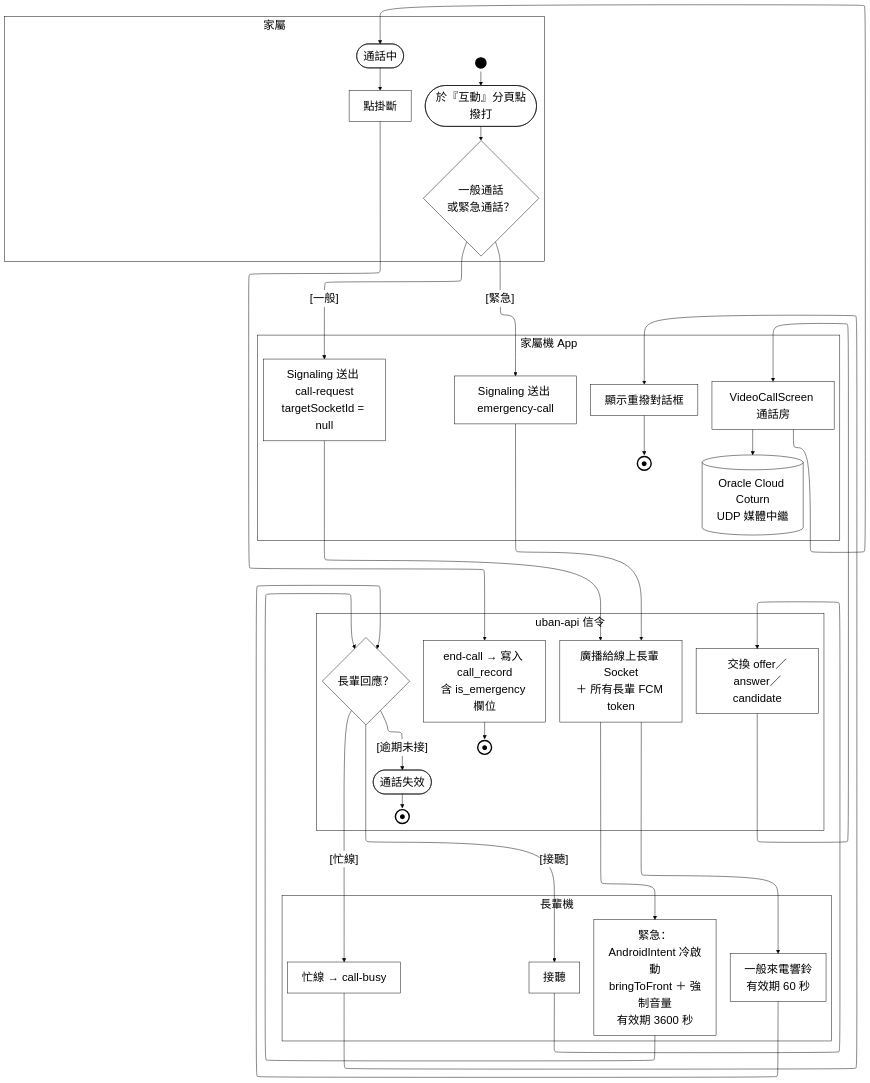
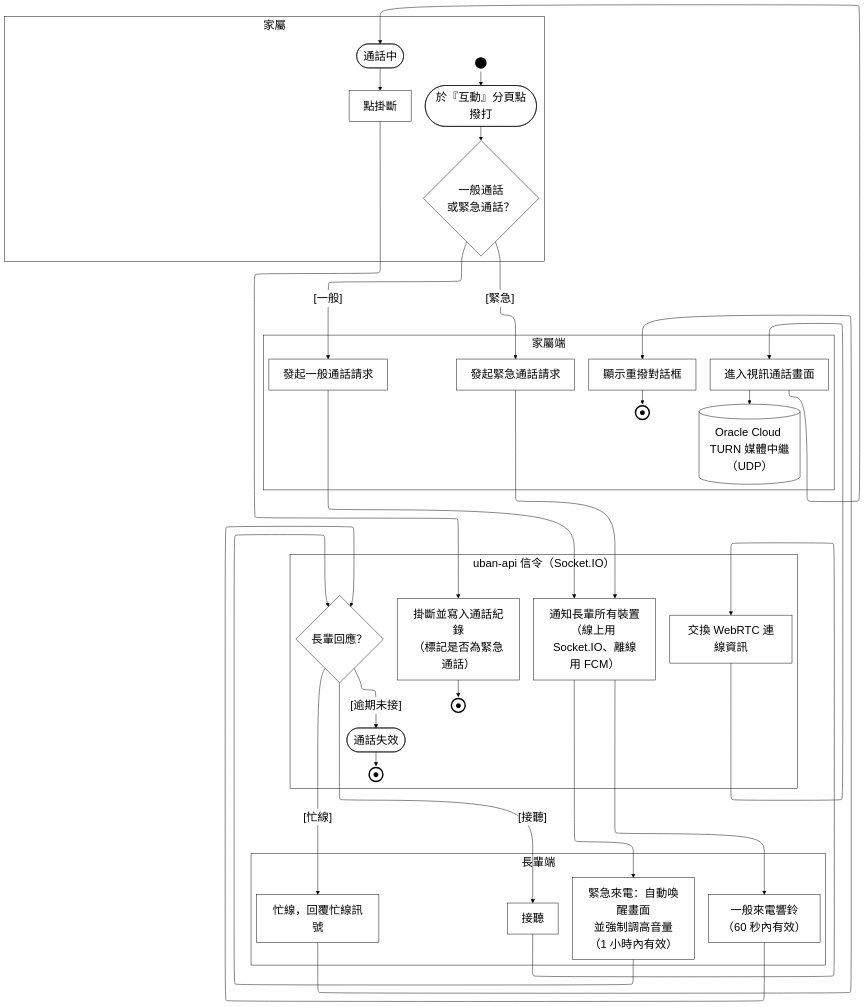
Before and after one commit to HuangYu-Kai/Uban: the diagram in Uban System Documents/mermaid原始碼/A16-家屬通訊.mmd, drawn with Mermaid. The commit also changed 32 other files, not shown here.

```diff
--- a/Uban System Documents/mermaid原始碼/A16-家屬通訊.mmd
+++ b/Uban System Documents/mermaid原始碼/A16-家屬通訊.mmd
@@ -1,68 +1,68 @@
 %%{init:{"layout":"elk","elk":{"mergeEdges":false,"nodePlacementStrategy":"NETWORK_SIMPLEX"},"flowchart":{"htmlLabels":true},"themeVariables":{"clusterBkg":"#FFFFFF","clusterBorder":"#000000","edgeLabelBackground":"#FFFFFF","textColor":"#000000","nodeTextColor":"#000000","titleColor":"#000000","lineColor":"#000000","fontSize":"24px"}}}%%
 flowchart TD
   subgraph ROLE["家屬"]
     PAD_ROLE["&nbsp;&nbsp;&nbsp;&nbsp;&nbsp;&nbsp;&nbsp;&nbsp;&nbsp;&nbsp;&nbsp;&nbsp;&nbsp;&nbsp;&nbsp;&nbsp;&nbsp;&nbsp;&nbsp;&nbsp;&nbsp;&nbsp;&nbsp;&nbsp;&nbsp;&nbsp;&nbsp;&nbsp;&nbsp;&nbsp;&nbsp;&nbsp;&nbsp;&nbsp;&nbsp;&nbsp;&nbsp;&nbsp;&nbsp;&nbsp;&nbsp;&nbsp;&nbsp;&nbsp;&nbsp;&nbsp;&nbsp;&nbsp;&nbsp;&nbsp;&nbsp;&nbsp;&nbsp;&nbsp;&nbsp;&nbsp;&nbsp;&nbsp;&nbsp;&nbsp;&nbsp;&nbsp;&nbsp;&nbsp;&nbsp;&nbsp;&nbsp;&nbsp;&nbsp;&nbsp;&nbsp;&nbsp;&nbsp;&nbsp;&nbsp;&nbsp;&nbsp;&nbsp;&nbsp;&nbsp;&nbsp;&nbsp;&nbsp;&nbsp;&nbsp;&nbsp;&nbsp;&nbsp;&nbsp;&nbsp;&nbsp;&nbsp;&nbsp;&nbsp;&nbsp;&nbsp;&nbsp;"]:::pad
     ST_S1(("&nbsp;")):::term
     S1([於『互動』分頁點撥打]):::act
     S2{"一般通話<br/>或緊急通話？"}:::dec
     S3(["通話中"]):::act
     S4["點掛斷"]:::act
   end
-  subgraph FE["家屬機 App"]
+  subgraph FE["家屬端"]
     PAD_FE["&nbsp;&nbsp;&nbsp;&nbsp;"]:::pad
-    A1["Signaling 送出 call-request<br/>targetSocketId = null"]:::act
-    A2["Signaling 送出 emergency-call"]:::act
+    A1["發起一般通話請求"]:::act
+    A2["發起緊急通話請求"]:::act
     A3["顯示重撥對話框"]:::act
     EN_A3(("●")):::endterm
-    A4["VideoCallScreen 通話房"]:::act
-    M1[("Oracle Cloud Coturn<br/>UDP 媒體中繼")]:::act
+    A4["進入視訊通話畫面"]:::act
+    M1[("Oracle Cloud TURN 媒體中繼<br/>（UDP）")]:::act
   end
-  subgraph FE2["長輩機"]
+  subgraph FE2["長輩端"]
     PAD_FE2["&nbsp;&nbsp;&nbsp;&nbsp;&nbsp;&nbsp;&nbsp;&nbsp;&nbsp;&nbsp;&nbsp;&nbsp;&nbsp;&nbsp;&nbsp;&nbsp;&nbsp;&nbsp;&nbsp;&nbsp;&nbsp;&nbsp;&nbsp;"]:::pad
-    E1["一般來電響鈴<br/>有效期 60 秒"]:::act
-    E2["緊急：AndroidIntent 冷啟動<br/>bringToFront ＋ 強制音量<br/>有效期 3600 秒"]:::act
+    E1["一般來電響鈴<br/>（60 秒內有效）"]:::act
+    E2["緊急來電：自動喚醒畫面<br/>並強制調高音量<br/>（1 小時內有效）"]:::act
     E3["接聽"]:::act
-    E4["忙線 → call-busy"]:::act
+    E4["忙線，回覆忙線訊號"]:::act
   end
-  subgraph BE["uban-api 信令"]
-    B1["廣播給線上長輩 Socket<br/>＋ 所有長輩 FCM token"]:::act
+  subgraph BE["uban-api 信令（Socket.IO）"]
+    B1["通知長輩所有裝置<br/>（線上用 Socket.IO、離線用 FCM）"]:::act
     B2{"長輩回應？"}:::dec
-    B3["交換 offer／answer／candidate"]:::act
-    B4["end-call → 寫入 call_record<br/>含 is_emergency 欄位"]:::act
+    B3["交換 WebRTC 連線資訊"]:::act
+    B4["掛斷並寫入通話紀錄<br/>（標記是否為緊急通話）"]:::act
     EN_B4(("●")):::endterm
     T1(["通話失效"]):::act
     EN_T1(("●")):::endterm
   end
 
   ST_S1 --> S1
   S1 --> S2
   S2 -->|"[一般]"| A1
   A1 --> B1
   B1 --> E1
   S2 -->|"[緊急]"| A2
   A2 --> B1
   B1 --> E2
   E1 --> B2
   E2 --> B2
   B2 -->|"[忙線]"| E4
   E4 --> A3
   B2 -->|"[逾期未接]"| T1
   B2 -->|"[接聽]"| E3
   E3 --> B3
   B3 --> A4
   A4 --> S3
   A4 --> M1
   S3 --> S4
   S4 --> B4
   A3 --> EN_A3
   B4 --> EN_B4
   T1 --> EN_T1
   %% 鎖住泳道順序：ELK 不照宣告順序排，沒有這條鏈後端會跑到最上面
   ROLE ~~~ FE ~~~ FE2 ~~~ BE
 
   classDef pad  fill:none,stroke:none,color:#FFFFFF
   classDef act  fill:#FFFFFF,stroke:#000000,stroke-width:1px,color:#000000
   classDef dec  fill:#FFFFFF,stroke:#000000,stroke-width:1px,color:#000000
   classDef term fill:#000000,stroke:#000000,stroke-width:3px,color:#000000
   classDef endterm fill:#FFFFFF,stroke:#000000,stroke-width:3px,color:#000000
   classDef gap  fill:#FFFFFF,stroke:#000000,stroke-width:1px,color:#000000,stroke-dasharray:4 3
```
